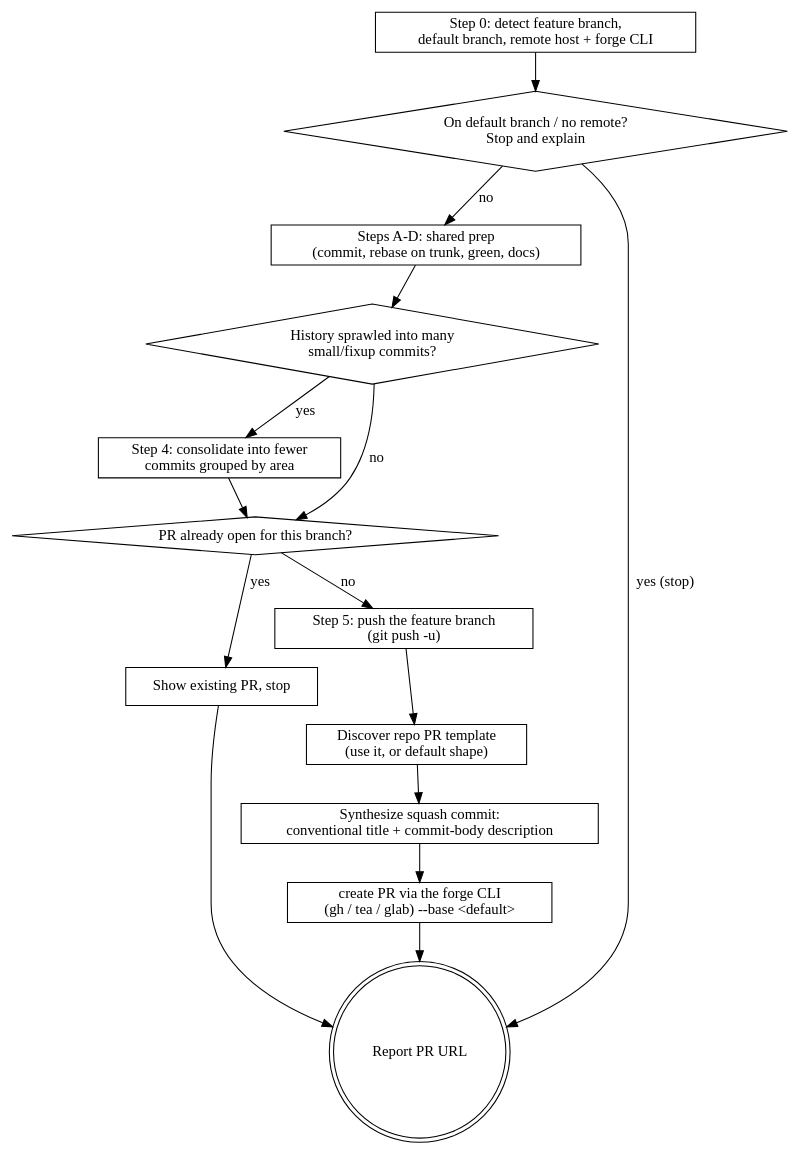
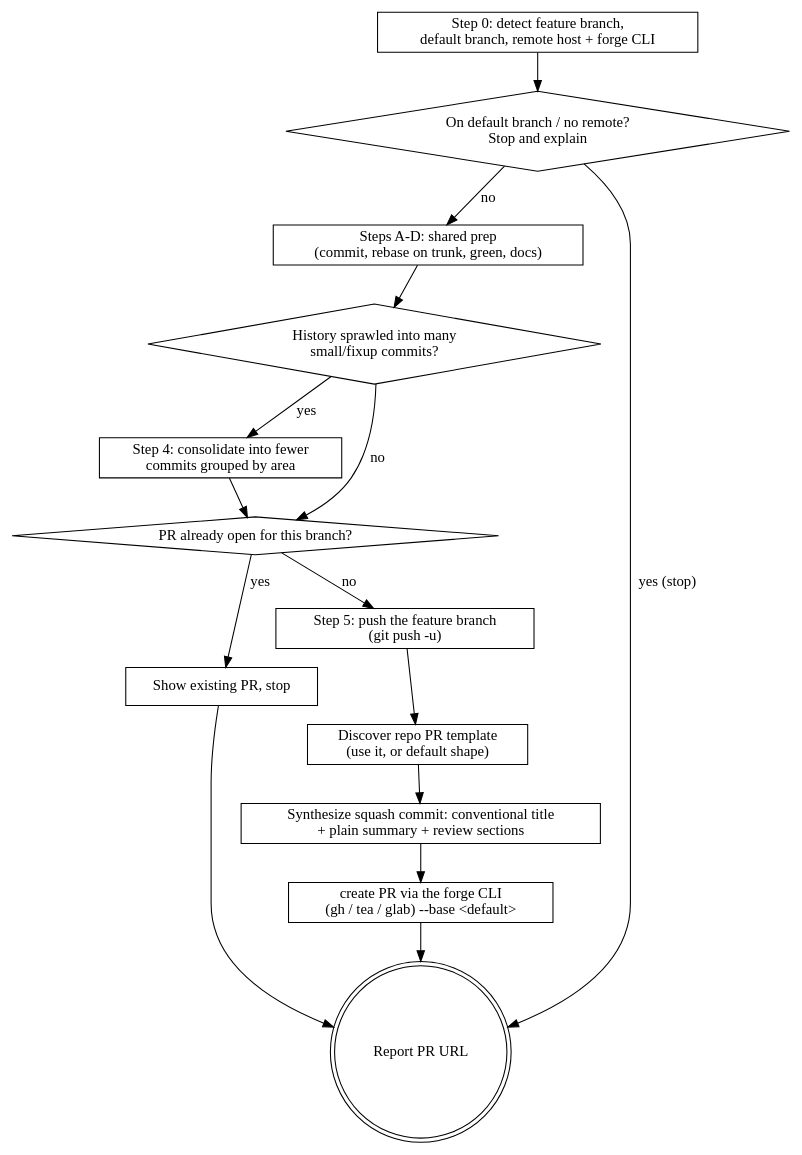
Before and after one commit to natelandau/cc-plugin: the diagram in plugins/natelandau-toolkit/skills/pr/SKILL.md, drawn with Graphviz. The commit also changed other lines of this file and 5 other files, not shown here.

````diff
--- a/plugins/natelandau-toolkit/skills/pr/SKILL.md
+++ b/plugins/natelandau-toolkit/skills/pr/SKILL.md
@@ -64,29 +88,29 @@
 ```dot
 digraph pr {
   rankdir=TB; node [shape=box];
   detect   [label="Step 0: detect feature branch,\ndefault branch, remote host + forge CLI"];
   refuse   [label="On default branch / no remote?\nStop and explain" shape=diamond];
   prep     [label="Steps A-D: shared prep\n(commit, rebase on trunk, green, docs)"];
   many     [label="History sprawled into many\nsmall/fixup commits?" shape=diamond];
   regroup   [label="Step 4: consolidate into fewer\ncommits grouped by area"];
   exists   [label="PR already open for this branch?" shape=diamond];
   show     [label="Show existing PR, stop"];
   push     [label="Step 5: push the feature branch\n(git push -u)"];
   tmpl     [label="Discover repo PR template\n(use it, or default shape)"];
-  body     [label="Synthesize squash commit:\nconventional title + commit-body description"];
+  body     [label="Synthesize squash commit: conventional title\n+ plain summary + review sections"];
   create   [label="create PR via the forge CLI\n(gh / tea / glab) --base <default>"];
   done     [label="Report PR URL" shape=doublecircle];
 
   detect -> refuse;
   refuse -> done [label="yes (stop)"];
   refuse -> prep [label="no"];
   prep -> many;
   many -> regroup [label="yes"];
   many -> exists [label="no"];
   regroup -> exists;
   exists -> show [label="yes"];
   show -> done;
   exists -> push [label="no"];
   push -> tmpl -> body -> create -> done;
 }
 ```
````
